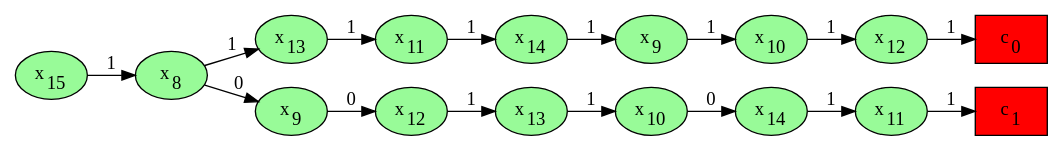
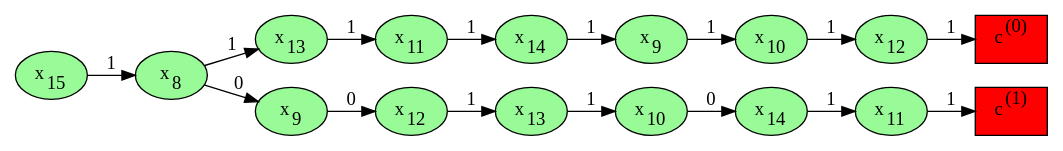
One commit to apw/cache changed the diagram in doc/dot/c.dot. Above: the diagram before and after it, drawn with Graphviz. The commit also changed 3 other files, not shown here.

```diff
--- a/doc/dot/c.dot
+++ b/doc/dot/c.dot
@@ -1,37 +1,37 @@
 strict digraph G {
 	rankdir = LR;
 	"e3b042" [label=<x<sub>15</sub>>, style=filled, fillcolor=palegreen];
 	"e3b042" -> "1e14c8" [headlabel = "1", labeldistance=2];
 	"1e14c8" [label=<x<sub>8</sub>>, style=filled, fillcolor=palegreen];
 	"1e14c8" -> "3babe8" [headlabel = "1", labeldistance=2];
 	"3babe8" [label=<x<sub>13</sub>>, style=filled, fillcolor=palegreen];
 	"3babe8" -> "89aff3" [headlabel = "1", labeldistance=2];
 	"89aff3" [label=<x<sub>11</sub>>, style=filled, fillcolor=palegreen];
 	"89aff3" -> "8cd28f" [headlabel = "1", labeldistance=2];
 	"8cd28f" [label=<x<sub>14</sub>>, style=filled, fillcolor=palegreen];
 	"8cd28f" -> "45b67f" [headlabel = "1", labeldistance=2];
 	"45b67f" [label=<x<sub>9</sub>>, style=filled, fillcolor=palegreen];
 	"45b67f" -> "66996f" [headlabel = "1", labeldistance=2];
 	"66996f" [label=<x<sub>10</sub>>, style=filled, fillcolor=palegreen];
 	"66996f" -> "3f2d44" [headlabel = "1", labeldistance=2];
 	"3f2d44" [label=<x<sub>12</sub>>, style=filled, fillcolor=palegreen];
-	"3f2d44" -> "0x7fe42ac039b0" [headlabel = "1" labeldistance=2];
-	"0x7fe42ac039b0" [shape=box, label=<c<SUB>0</SUB>>, style=filled, fillcolor=red];
+	"3f2d44" -> "0x7fa519c039b0" [headlabel = "1" labeldistance=2];
+	"0x7fa519c039b0" [shape=box, label=<c<SUP>(0)</SUP>>, style=filled, fillcolor=red];
 	"e3b042" [label=<x<sub>15</sub>>, style=filled, fillcolor=palegreen];
 	"e3b042" -> "1e14c8" [headlabel = "1", labeldistance=2];
 	"1e14c8" [label=<x<sub>8</sub>>, style=filled, fillcolor=palegreen];
 	"1e14c8" -> "78beee" [headlabel = "0", labeldistance=2];
 	"78beee" [label=<x<sub>9</sub>>, style=filled, fillcolor=palegreen];
 	"78beee" -> "8d13ff" [headlabel = "0", labeldistance=2];
 	"8d13ff" [label=<x<sub>12</sub>>, style=filled, fillcolor=palegreen];
 	"8d13ff" -> "007146" [headlabel = "1", labeldistance=2];
 	"007146" [label=<x<sub>13</sub>>, style=filled, fillcolor=palegreen];
 	"007146" -> "5fbe73" [headlabel = "1", labeldistance=2];
 	"5fbe73" [label=<x<sub>10</sub>>, style=filled, fillcolor=palegreen];
 	"5fbe73" -> "c4372d" [headlabel = "0", labeldistance=2];
 	"c4372d" [label=<x<sub>14</sub>>, style=filled, fillcolor=palegreen];
 	"c4372d" -> "be8df2" [headlabel = "1", labeldistance=2];
 	"be8df2" [label=<x<sub>11</sub>>, style=filled, fillcolor=palegreen];
-	"be8df2" -> "0x7fe42ac03ad0" [headlabel = "1" labeldistance=2];
-	"0x7fe42ac03ad0" [shape=box, label=<c<SUB>1</SUB>>, style=filled, fillcolor=red];
+	"be8df2" -> "0x7fa519c03ad0" [headlabel = "1" labeldistance=2];
+	"0x7fa519c03ad0" [shape=box, label=<c<SUP>(1)</SUP>>, style=filled, fillcolor=red];
 }
```
